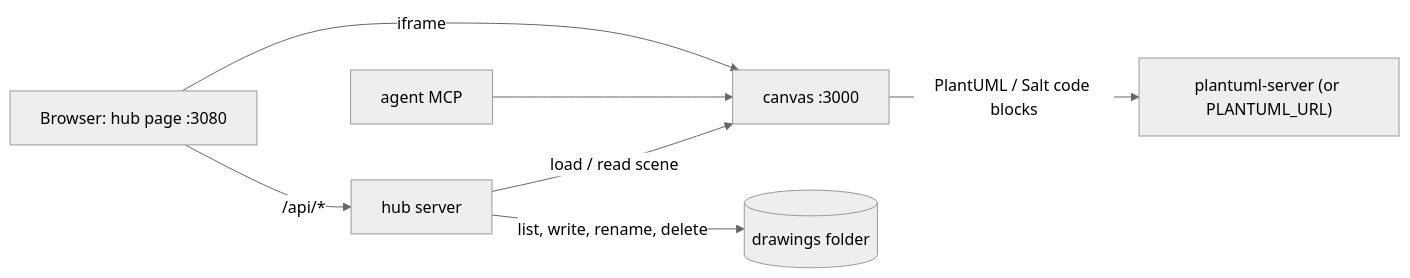
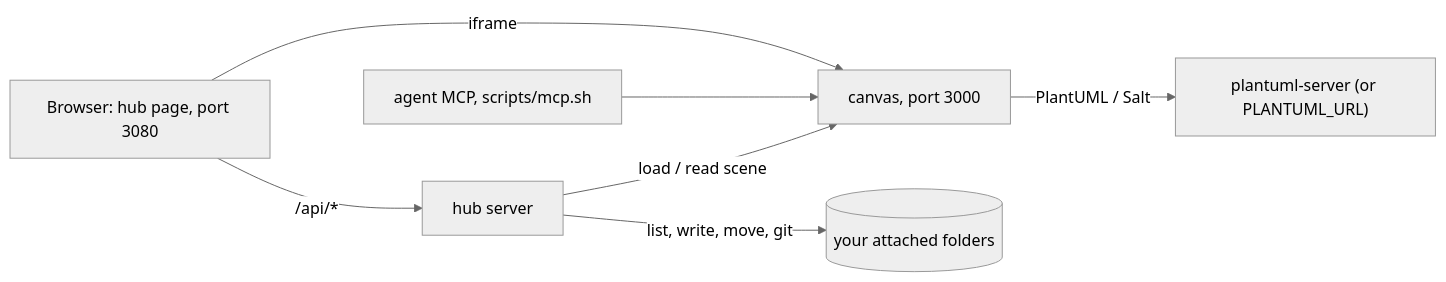
One commit to turtlewizard73/excalidraw-hub changed the diagram in README.md. Above: the diagram before and after it, drawn with Mermaid (neutral theme). The commit also changed other lines of this file and 1 other file, not shown here.

````diff
--- a/README.md
+++ b/README.md
@@ -7,9 +7,9 @@
 ```mermaid
 flowchart LR
-  B[Browser: hub page :3080] -->|/api/*| H[hub server]
-  B -->|iframe| C[canvas :3000]
-  A[agent MCP] --> C
+  B[Browser: hub page, port 3080] -->|/api/*| H[hub server]
+  B -->|iframe| C[canvas, port 3000]
+  A[agent MCP, scripts/mcp.sh] --> C
   H -->|load / read scene| C
-  H -->|list, write, rename, delete| D[(drawings folder)]
-  C -->|PlantUML / Salt code blocks| P["plantuml-server (or PLANTUML_URL)"]
+  H -->|list, write, move, git| D[(your attached folders)]
+  C -->|PlantUML / Salt| P["plantuml-server (or PLANTUML_URL)"]
 ```
````
